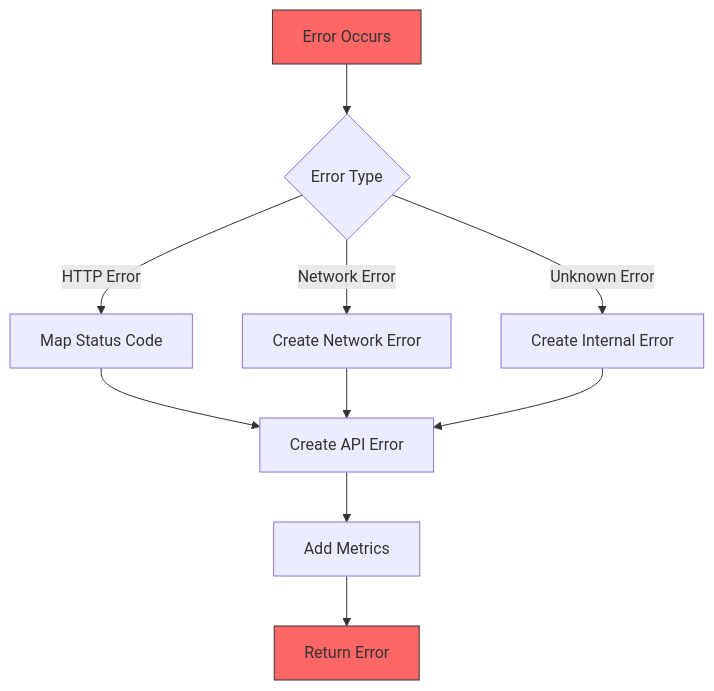
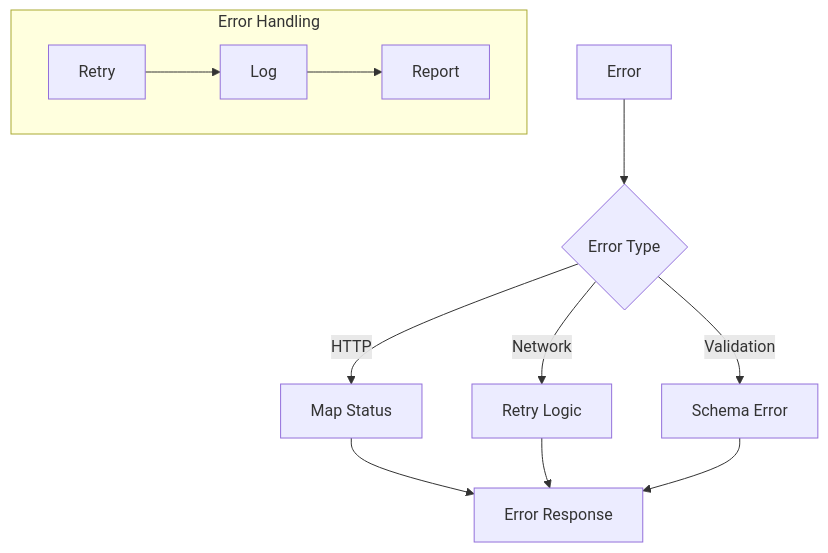
Before and after one commit to tonglam/letletme_data: the fourth of 5 diagrams in documentation/design/HTTP_Client_Design.md, drawn with Mermaid. The commit also changed other lines of this file and 15 other files, not shown here.

First line of the commit message:
Refactor API and Service Layers with Enhanced Type Safety and Error Handling

````diff
--- a/documentation/design/HTTP_Client_Design.md
+++ b/documentation/design/HTTP_Client_Design.md
@@ -54,15 +180,17 @@
 ```mermaid
 graph TD
-    A[Error Occurs] --> B{Error Type}
-    B -->|HTTP Error| C[Map Status Code]
-    B -->|Network Error| D[Create Network Error]
-    B -->|Unknown Error| E[Create Internal Error]
-    C --> F[Create API Error]
-    D --> F
-    E --> F
-    F --> G[Add Metrics]
-    G --> H[Return Error]
+    A[Error] --> B{Error Type}
+    B -->|HTTP| C[Map Status]
+    B -->|Network| D[Retry Logic]
+    B -->|Validation| E[Schema Error]
+    C & D & E --> F[Error Response]
 
-    style A fill:#f66,stroke:#333
-    style H fill:#f66,stroke:#333
+    subgraph Error Handling
+        G[Retry]
+        H[Log]
+        I[Report]
+
+        G --> H
+        H --> I
+    end
 ```
````
